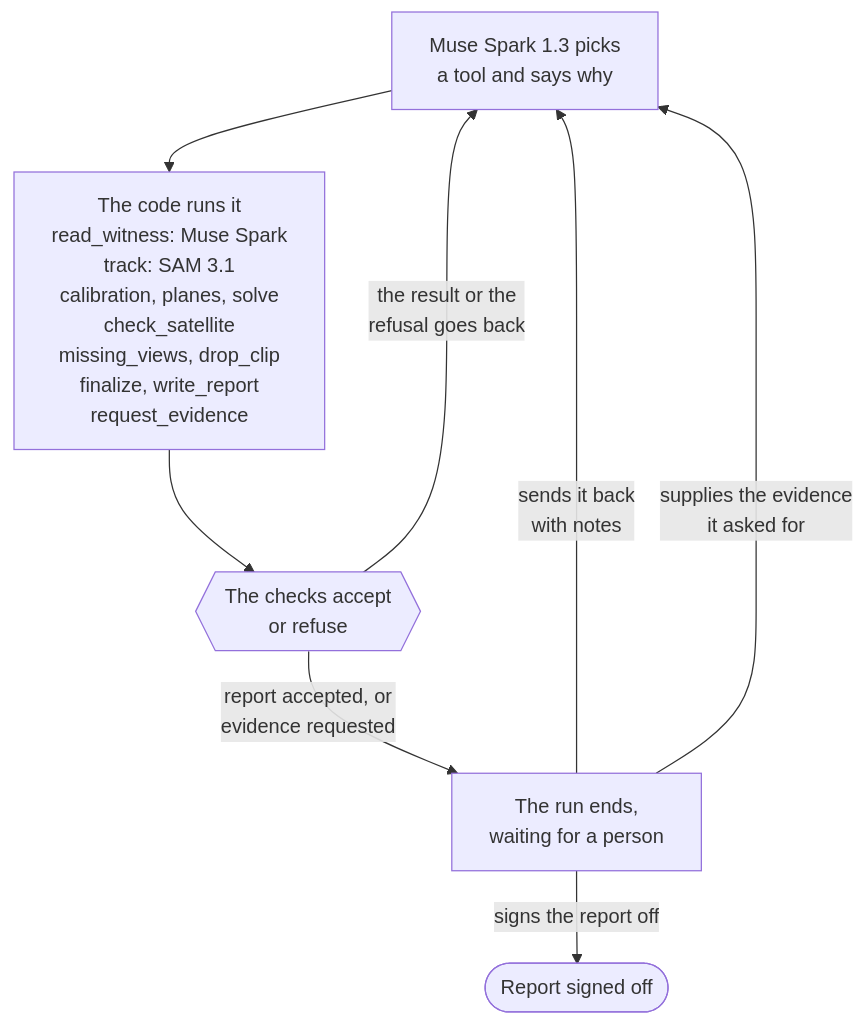
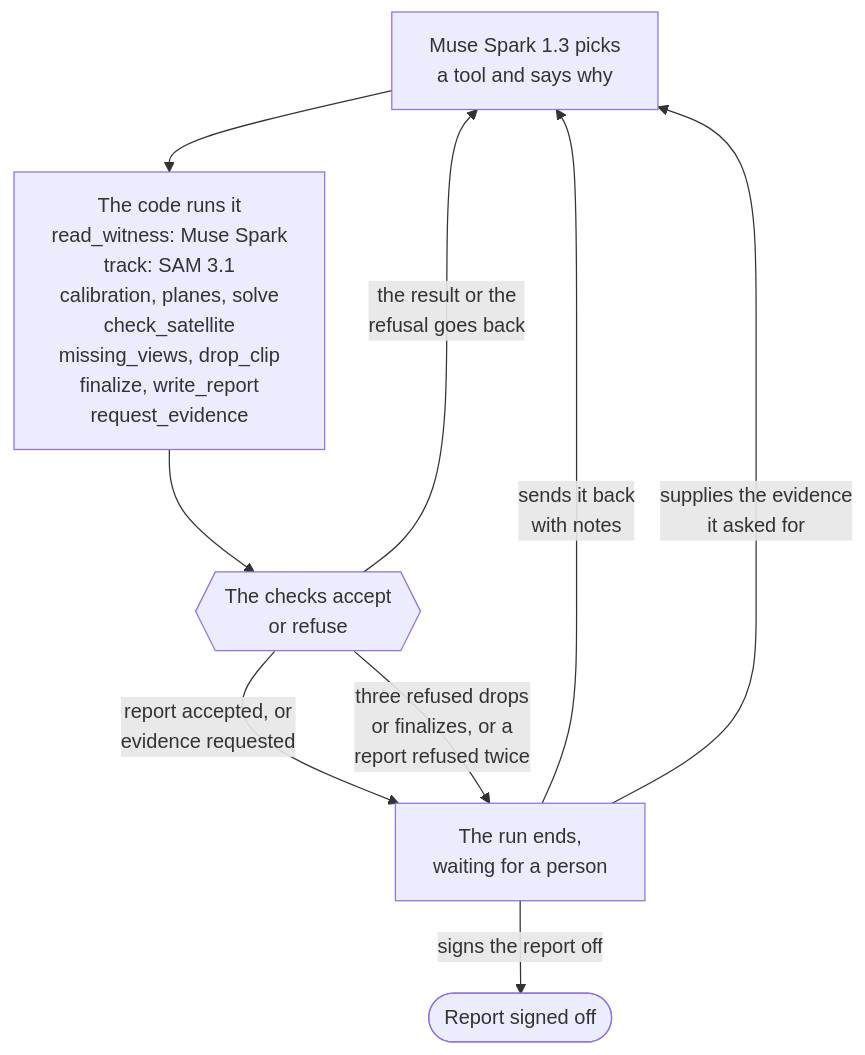
The diagram in README.md (sadiadvertising-ship-it/testigos-del-bolido), drawn with Mermaid before and after one commit. The commit also changed other lines of this file and 6 other files, not shown here.

````diff
--- a/README.md
+++ b/README.md
@@ -20,15 +22,16 @@
 ```mermaid
 flowchart TD
     model["Muse Spark 1.3 picks<br>a tool and says why"]
     code["The code runs it<br>read_witness: Muse Spark<br>track: SAM 3.1<br>calibration, planes, solve<br>check_satellite<br>missing_views, drop_clip<br>finalize, write_report<br>request_evidence"]
     checks{{"The checks accept<br>or refuse"}}
     person["The run ends,<br>waiting for a person"]
     signed(["Report signed off"])
 
     model --> code --> checks
     checks -->|"the result or the<br>refusal goes back"| model
     checks -->|"report accepted, or<br>evidence requested"| person
+    checks -->|"three refused drops<br>or finalizes, or a<br>report refused twice"| person
     person -->|"signs the report off"| signed
     person -->|"sends it back<br>with notes"| model
     person -->|"supplies the evidence<br>it asked for"| model
 ```
````
